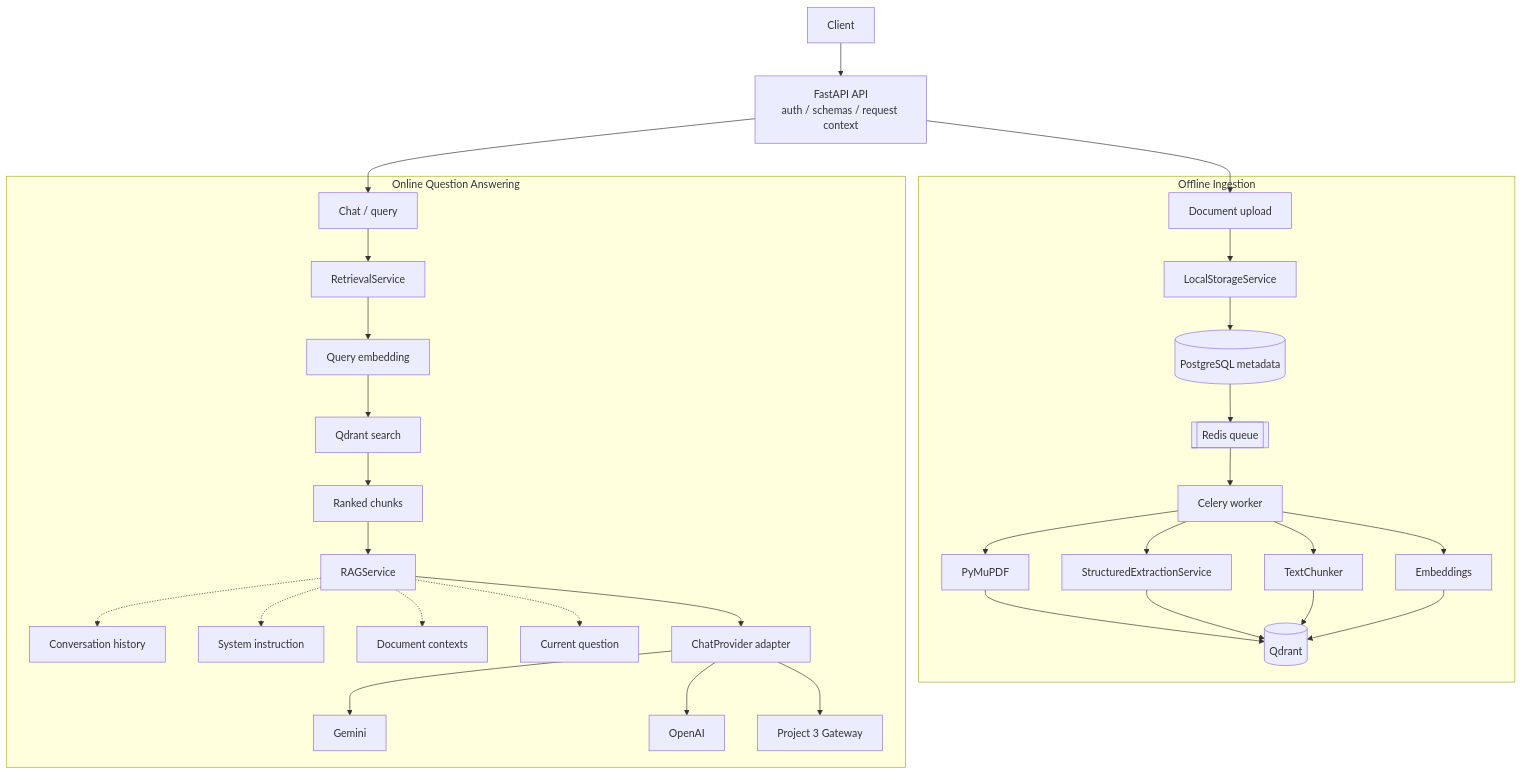
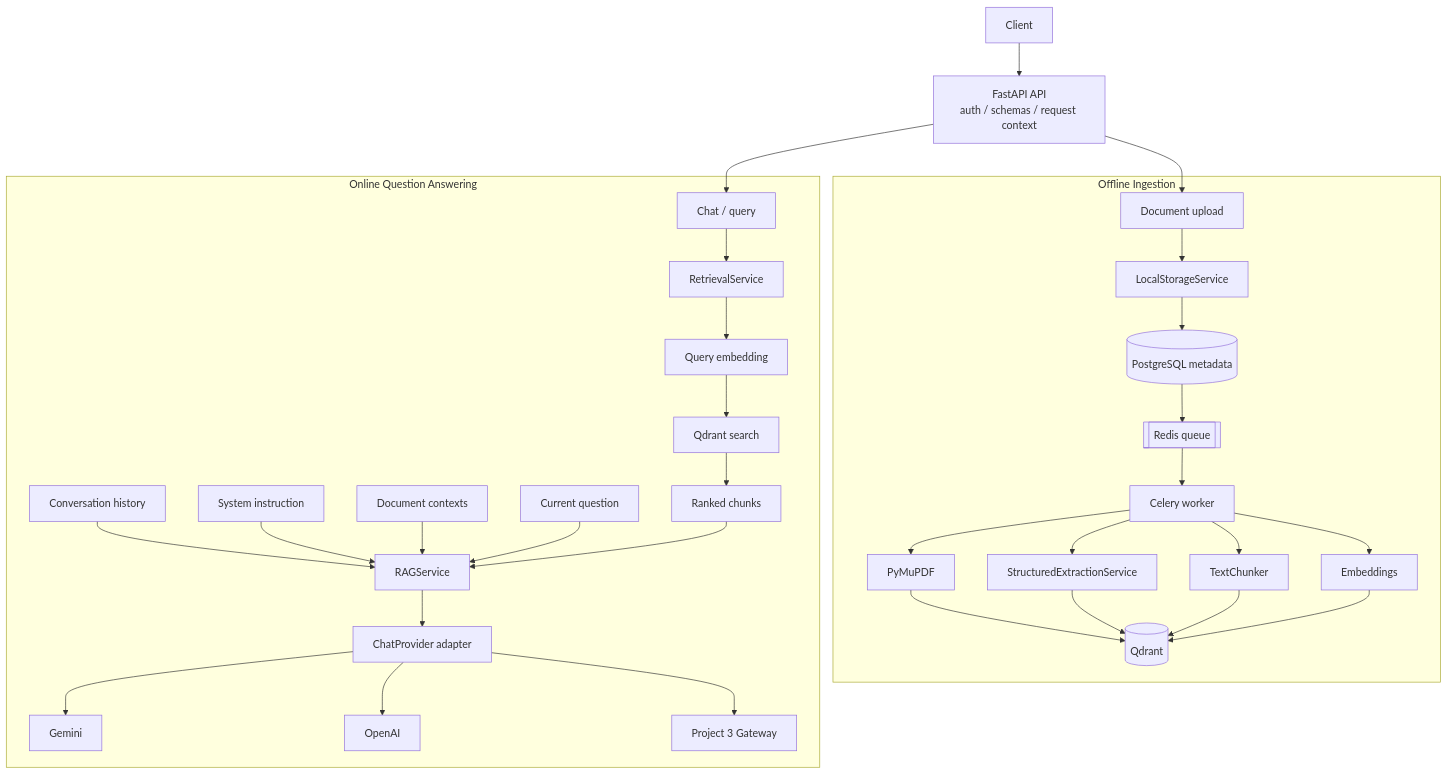
One commit to Saifee16/pdf-rag-chatbot changed the diagram in README.md. Above: the diagram before and after it, drawn with Mermaid.

````diff
--- a/README.md
+++ b/README.md
@@ -138,38 +138,40 @@
 ```mermaid
 flowchart TD
     CLIENT[Client] --> API["FastAPI API<br/>auth / schemas / request context"]
 
     API --> UPLOAD[Document upload]
     API --> QUERY[Chat / query]
 
     subgraph Ingestion[Offline Ingestion]
         UPLOAD --> LSS[LocalStorageService]
         LSS --> PG[(PostgreSQL metadata)]
         PG --> RQ[[Redis queue]]
         RQ --> CW[Celery worker]
         CW --> EXTRACT[PyMuPDF]
         CW --> STRUCT[StructuredExtractionService]
         CW --> CHUNK[TextChunker]
         CW --> EMBED[Embeddings]
         EXTRACT --> QD1[(Qdrant)]
         STRUCT --> QD1
         CHUNK --> QD1
         EMBED --> QD1
     end
 
     subgraph Retrieval[Online Question Answering]
         QUERY --> RS[RetrievalService]
         RS --> QE[Query embedding]
         QE --> QSEARCH[Qdrant search]
         QSEARCH --> RANKED[Ranked chunks]
-        RANKED --> RAG[RAGService]
-        RAG -.-> HIST[Conversation history]
-        RAG -.-> SYS[System instruction]
-        RAG -.-> DOCS[Document contexts]
-        RAG -.-> Q[Current question]
+
+        HIST[Conversation history] --> RAG[RAGService]
+        SYS[System instruction] --> RAG
+        DOCS[Document contexts] --> RAG
+        Q[Current question] --> RAG
+        RANKED --> RAG
+
         RAG --> CPA[ChatProvider adapter]
         CPA --> GEMINI[Gemini]
         CPA --> OPENAI[OpenAI]
         CPA --> GW[Project 3 Gateway]
     end
 ```
````
